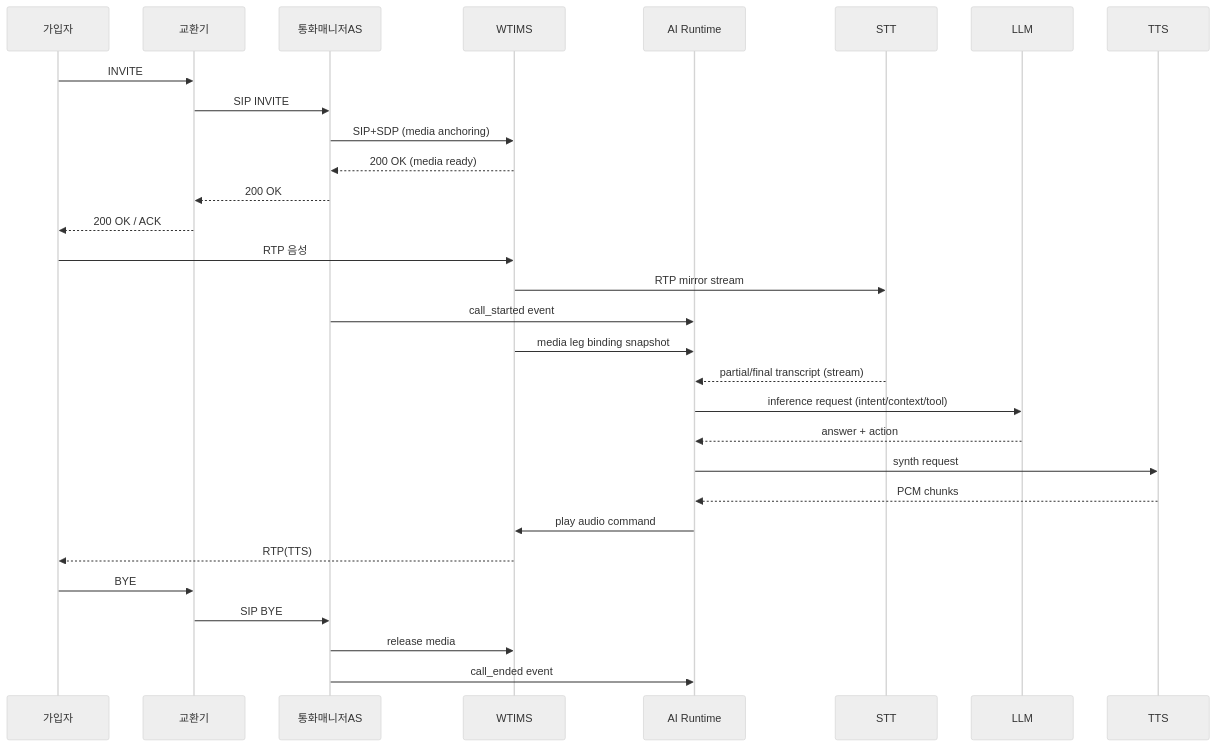
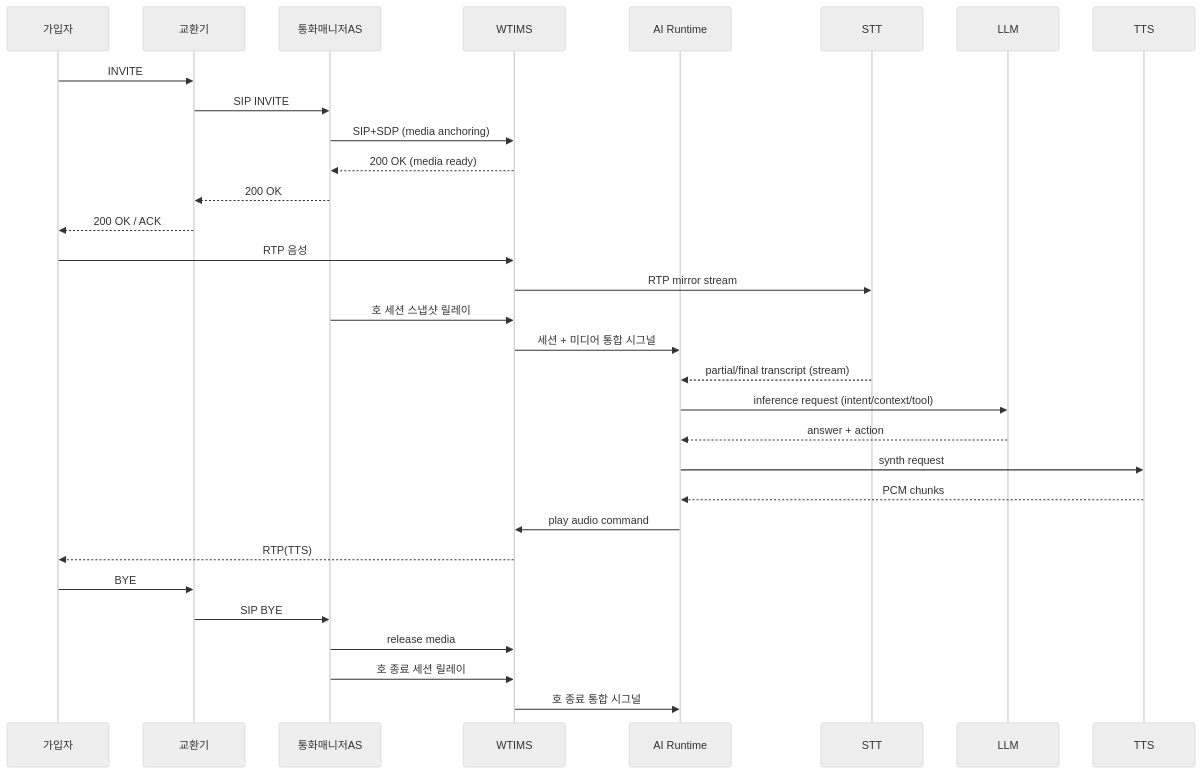
Before and after one commit to hak023/agentic_ai_callbot: the third of 4 diagrams in docs/architecture/production-deployment-architecture.md, drawn with Mermaid (neutral theme). The commit also changed other lines of this file, not shown here.

Commit message:
docs(architecture): CM→WT→AIR 세션 릴레이 단일 진입, 다이어그램 유형 표기

````diff
--- a/docs/architecture/production-deployment-architecture.md
+++ b/docs/architecture/production-deployment-architecture.md
@@ -425,35 +432,36 @@
 ```mermaid
 sequenceDiagram
     participant U as 가입자
     participant EX as 교환기
     participant CM as 통화매니저AS
     participant WT as WTIMS
     participant AIR as AI Runtime
     participant STT as STT
     participant LLM as LLM
     participant TTS as TTS
 
     U->>EX: INVITE
     EX->>CM: SIP INVITE
     CM->>WT: SIP+SDP (media anchoring)
     WT-->>CM: 200 OK (media ready)
     CM-->>EX: 200 OK
     EX-->>U: 200 OK / ACK
 
     U->>WT: RTP 음성
     WT->>STT: RTP mirror stream
-    CM->>AIR: call_started event
-    WT->>AIR: media leg binding snapshot
+    CM->>WT: 호 세션 스냅샷 릴레이
+    WT->>AIR: 세션 + 미디어 통합 시그널
     STT-->>AIR: partial/final transcript (stream)
     AIR->>LLM: inference request (intent/context/tool)
     LLM-->>AIR: answer + action
     AIR->>TTS: synth request
     TTS-->>AIR: PCM chunks
     AIR->>WT: play audio command
     WT-->>U: RTP(TTS)
 
     U->>EX: BYE
     EX->>CM: SIP BYE
     CM->>WT: release media
-    CM->>AIR: call_ended event
+    CM->>WT: 호 종료 세션 릴레이
+    WT->>AIR: 호 종료 통합 시그널
 ```
````
